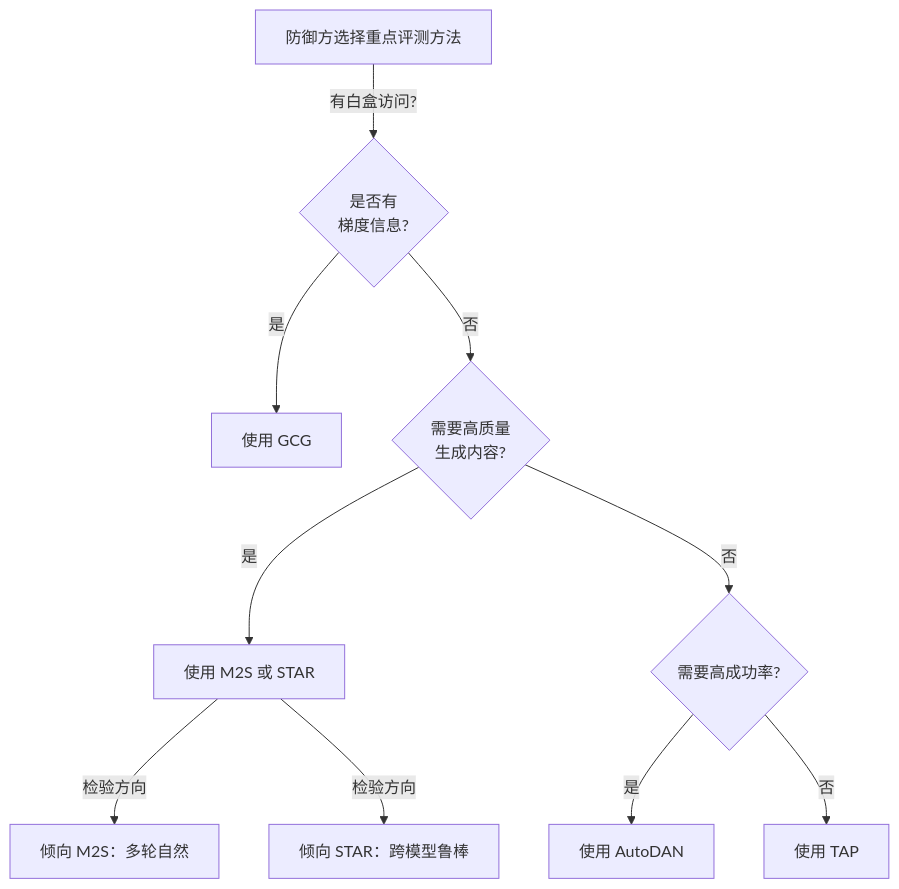
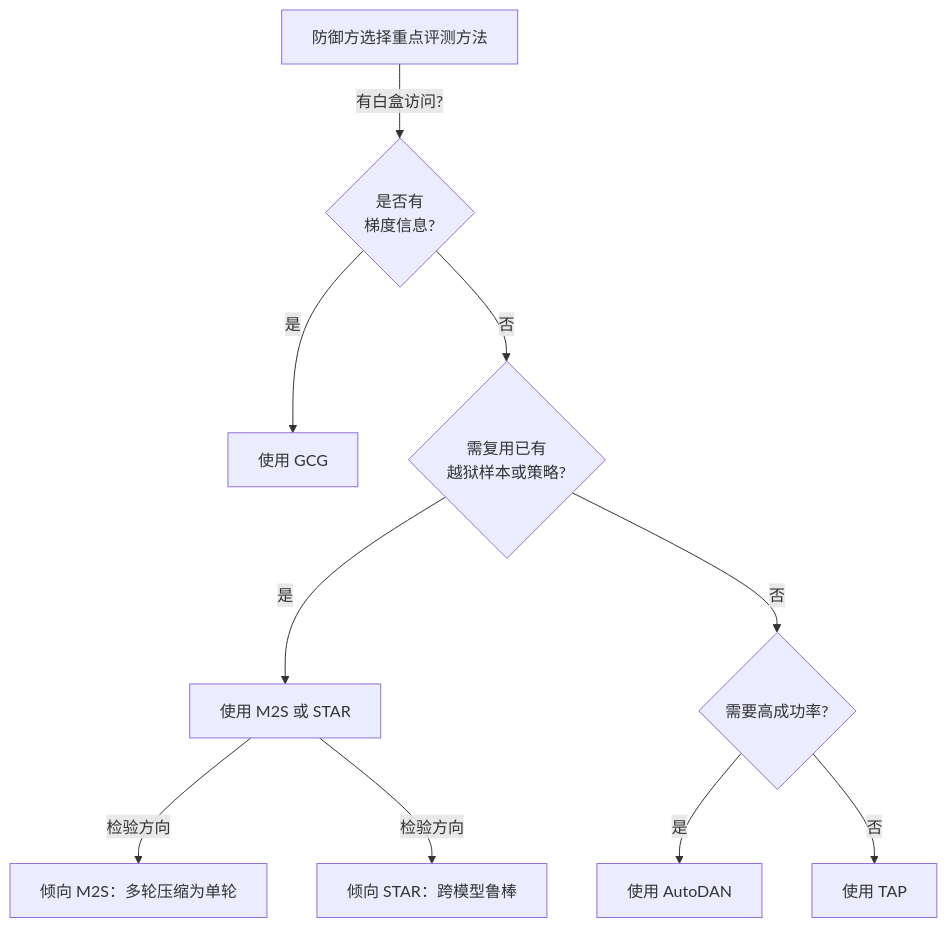
Before and after one commit to yeasy/ai_security_guide: the seventh of 8 diagrams in 05_jailbreak/5.6_automated_jailbreak_methods.md, drawn with Mermaid. The commit also changed other lines of this file and 54 other files, not shown here.

````diff
--- a/05_jailbreak/5.6_automated_jailbreak_methods.md
+++ b/05_jailbreak/5.6_automated_jailbreak_methods.md
@@ -272,16 +278,16 @@
 ```mermaid
 flowchart TD
     A["防御方选择重点评测方法"] -->|有白盒访问?| B{是否有<br/>梯度信息?}
 
     B -->|是| C["使用 GCG"]
-    B -->|否| D{需要高质量<br/>生成内容?}
+    B -->|否| D{需复用已有<br/>越狱样本或策略?}
 
     D -->|是| E["使用 M2S 或 STAR"]
     D -->|否| F{需要高成功率?}
 
     F -->|是| G["使用 AutoDAN"]
     F -->|否| H["使用 TAP"]
 
-    E -->|检验方向| I["倾向 M2S：多轮自然"]
+    E -->|检验方向| I["倾向 M2S：多轮压缩为单轮"]
     E -->|检验方向| J["倾向 STAR：跨模型鲁棒"]
 ```
````
